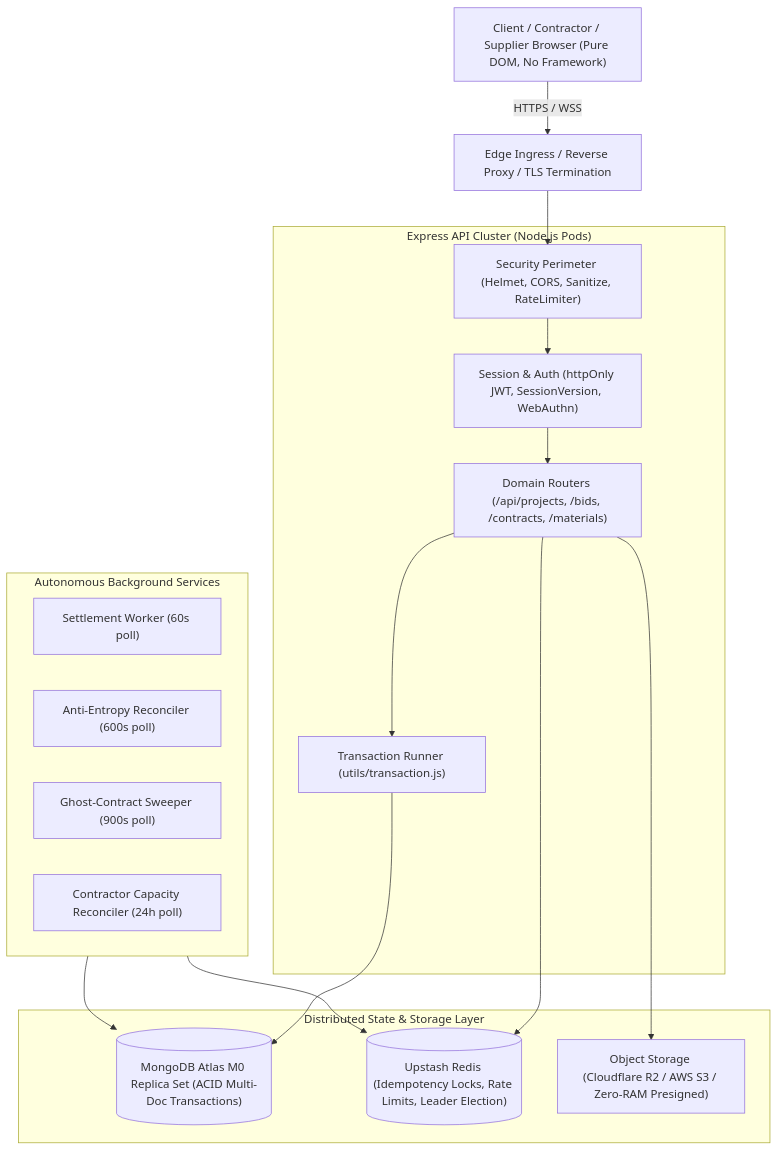
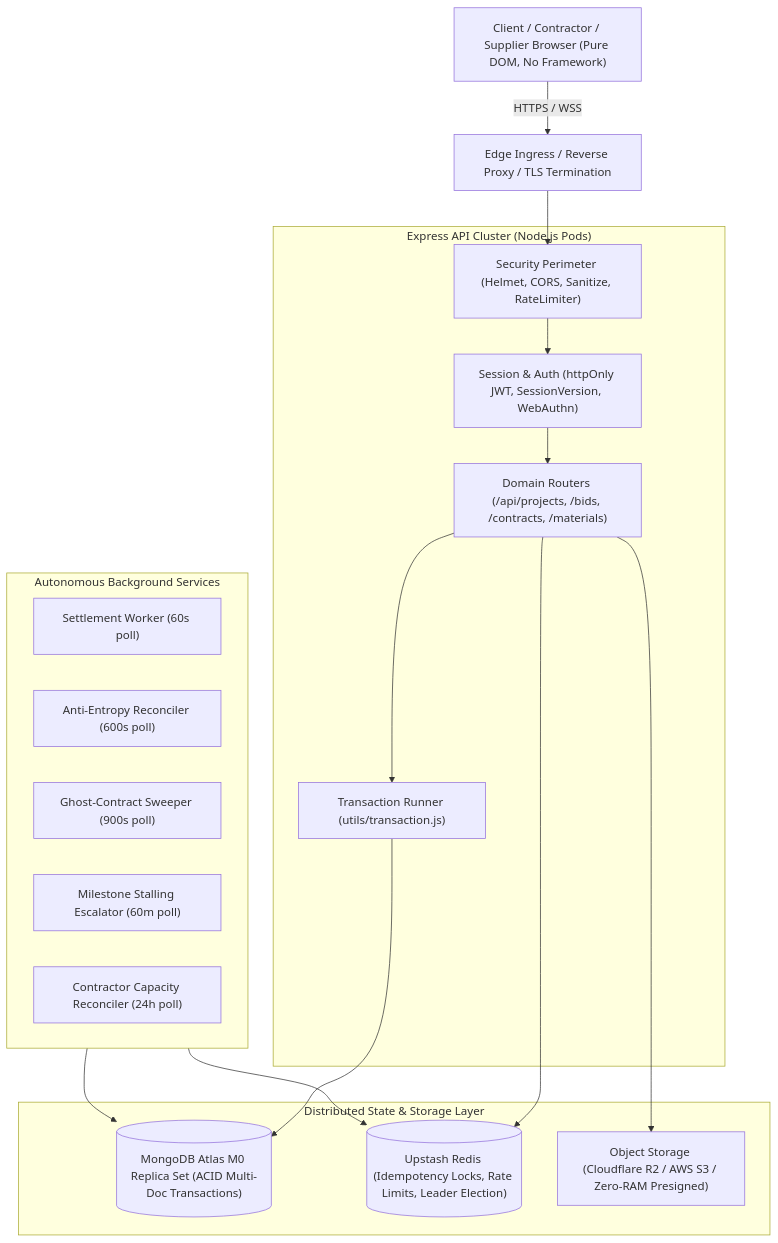
The first of 3 diagrams in ARCHITECTURE.md (mushfiqarnab/build-bd-marketplace), drawn with Mermaid before and after one commit. The commit also changed other lines of this file and 12 other files, not shown here.

Commit message:
feat(governance): implement contractor stalled-milestone escalation, sybil NID hashing, and dual-sensor GPS safeguards

````diff
--- a/ARCHITECTURE.md
+++ b/ARCHITECTURE.md
@@ -9,36 +9,37 @@
 ```mermaid
 flowchart TD
     Client["Client / Contractor / Supplier Browser (Pure DOM, No Framework)"]
     NGROK["Edge Ingress / Reverse Proxy / TLS Termination"]
     
     subgraph Express_NodeJS ["Express API Cluster (Node.js Pods)"]
         SecPipe["Security Perimeter (Helmet, CORS, Sanitize, RateLimiter)"]
         AuthLayer["Session & Auth (httpOnly JWT, SessionVersion, WebAuthn)"]
         RouterLayer["Domain Routers (/api/projects, /bids, /contracts, /materials)"]
         ACID["Transaction Runner (utils/transaction.js)"]
     end
 
     subgraph State_And_Storage ["Distributed State & Storage Layer"]
         Atlas[("MongoDB Atlas M0 Replica Set (ACID Multi-Doc Transactions)")]
         Redis[("Upstash Redis (Idempotency Locks, Rate Limits, Leader Election)")]
         Storage["Object Storage (Cloudflare R2 / AWS S3 / Zero-RAM Presigned)"]
     end
 
     subgraph Background_Workers ["Autonomous Background Services"]
         Settlement["Settlement Worker (60s poll)"]
         Reconciliation["Anti-Entropy Reconciler (600s poll)"]
         Abandonment["Ghost-Contract Sweeper (900s poll)"]
+        Escalation["Milestone Stalling Escalator (60m poll)"]
         Capacity["Contractor Capacity Reconciler (24h poll)"]
     end
 
     Client -->|HTTPS / WSS| NGROK
     NGROK --> SecPipe
     SecPipe --> AuthLayer
     AuthLayer --> RouterLayer
     RouterLayer --> ACID
     ACID --> Atlas
     RouterLayer --> Redis
     RouterLayer --> Storage
     Background_Workers --> Redis
     Background_Workers --> Atlas
 ```
````
